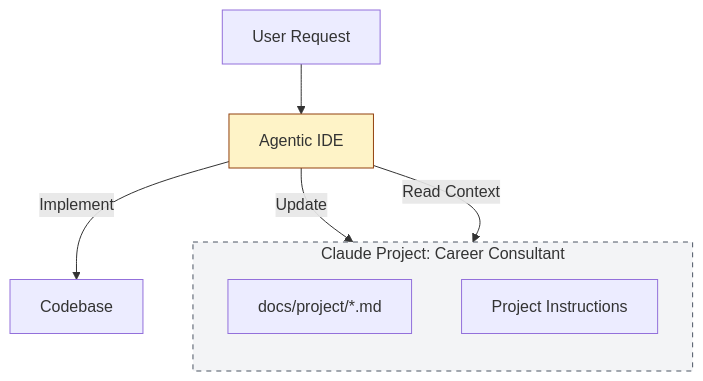
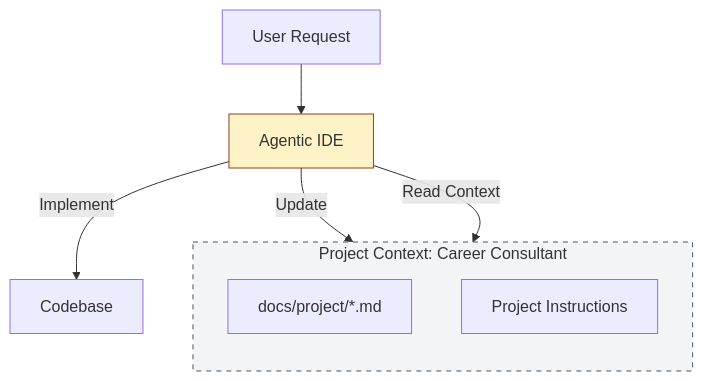
Before and after one commit to gsannikov/Exocortex: the third of 4 diagrams in shared/marketing/article-1-building-production-grade-skills.md, drawn with Mermaid. The commit also changed other lines of this file and 8 other files, not shown here.

````diff
--- a/shared/marketing/article-1-building-production-grade-skills.md
+++ b/shared/marketing/article-1-building-production-grade-skills.md
@@ -211,16 +211,16 @@
 ```mermaid
 flowchart TD
-    subgraph ClaudeProject [Claude Project: Career Consultant]
+    subgraph ClaudeProject [Project Context: Career Consultant]
         direction TB
         Docs["docs/project/*.md"]
         Instr[Project Instructions]
     end
 
     User[User Request] --> IDE[Agentic IDE]
     IDE -->|Read Context| ClaudeProject
     IDE -->|Update| Docs
     IDE -->|Implement| Code[Codebase]
     
     style ClaudeProject fill:#f3f4f6,stroke:#4b5563,stroke-dasharray: 5 5
     style IDE fill:#fef3c7,stroke:#92400e
 ```
````
